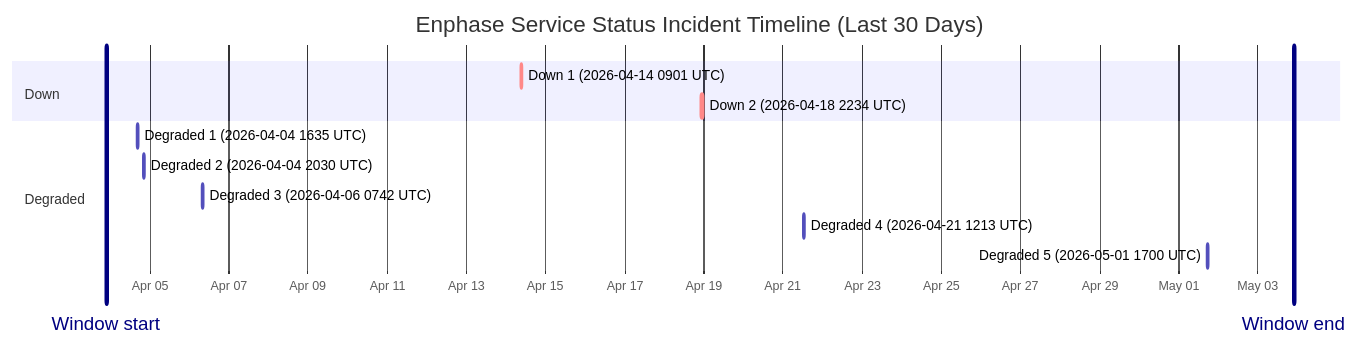
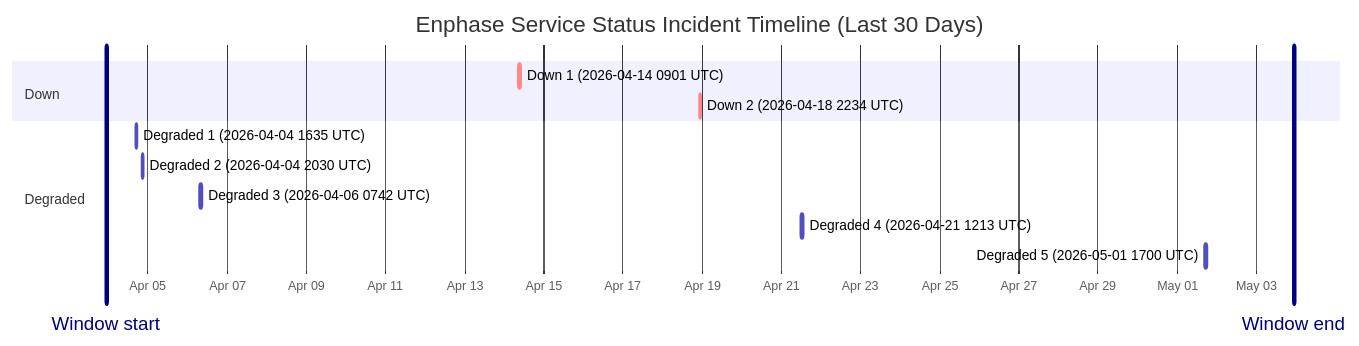
One commit to barneyonline/ha-enphase-ev-charger changed the diagram in wiki/Service-Status-History.md. Above: the diagram before and after it, drawn with Mermaid. The commit also changed other lines of this file and 3 other files, not shown here.

````diff
--- a/wiki/Service-Status-History.md
+++ b/wiki/Service-Status-History.md
@@ -14,17 +14,17 @@
 ```mermaid
 gantt
     title Enphase Service Status Incident Timeline (Last 30 Days)
     dateFormat  YYYY-MM-DDTHH:mm:ss
     axisFormat  %b %d
-    Window start :vert, window-start, 2026-04-03T21:40:18, 0ms
-    Window end :vert, window-end, 2026-05-03T21:40:18, 0ms
+    Window start :vert, window-start, 2026-04-03T22:40:13, 0ms
+    Window end :vert, window-end, 2026-05-03T22:40:13, 0ms
     section Down
     Down 1 (2026-04-14 0901 UTC) :crit, down-1, 2026-04-14T09:01:13, 60m
     Down 2 (2026-04-18 2234 UTC) :crit, down-2, 2026-04-18T22:34:13, 60m
     section Degraded
     Degraded 1 (2026-04-04 1635 UTC) :active, degraded-1, 2026-04-04T16:35:17, 60m
     Degraded 2 (2026-04-04 2030 UTC) :active, degraded-2, 2026-04-04T20:30:40, 60m
     Degraded 3 (2026-04-06 0742 UTC) :active, degraded-3, 2026-04-06T07:42:09, 85m
     Degraded 4 (2026-04-21 1213 UTC) :active, degraded-4, 2026-04-21T12:13:11, 60m
     Degraded 5 (2026-05-01 1700 UTC) :active, degraded-5, 2026-05-01T17:00:22, 60m
 ```
````
